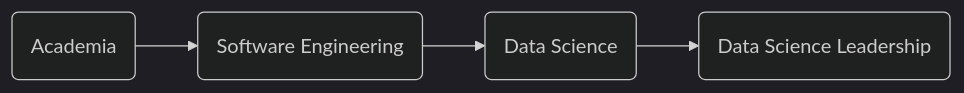
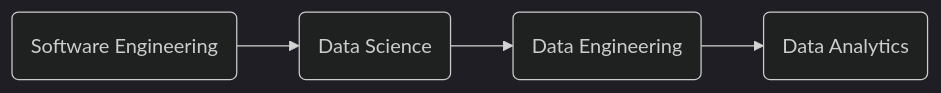
The diagram in README.md (muhammad-ahsan/muhammad-ahsan), drawn with Mermaid (dark theme) before and after one commit.

````diff
--- a/README.md
+++ b/README.md
@@ -11,6 +11,6 @@
 ```mermaid
 graph LR
-    A(Academia) --> B(Software Engineering)
-    B --> C(Data Science)
-    C --> D(Data Science Leadership)
+    A(Software Engineering) --> B(Data Science)
+    B --> C(Data Engineering)
+    C --> D(Data Analytics)
 ```
````
